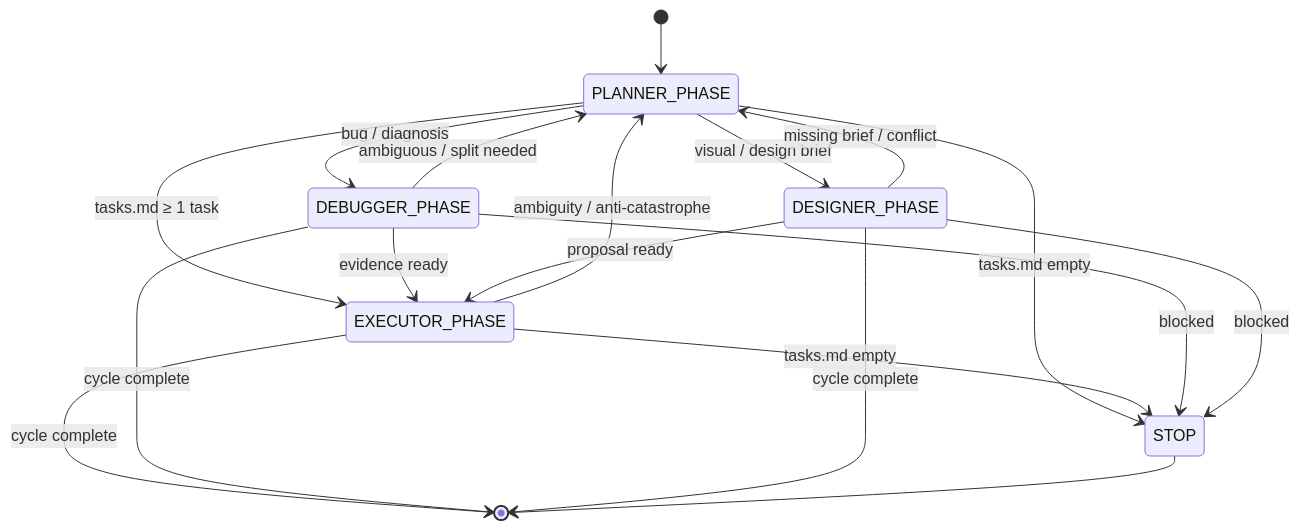
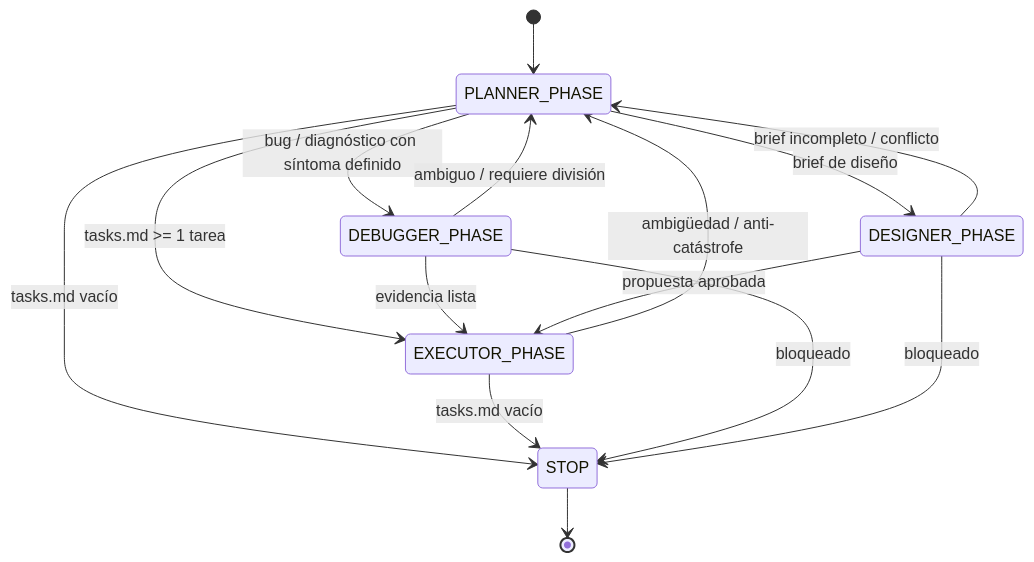
One commit to Andres34r7y4/themis changed the diagram in docs/ARCHITECTURE.md. Above: the diagram before and after it, drawn with Mermaid. The commit also changed other lines of this file and 34 other files, not shown here.

````diff
--- a/docs/ARCHITECTURE.md
+++ b/docs/ARCHITECTURE.md
@@ -10,25 +20,22 @@
 ```mermaid
 stateDiagram-v2
     [*] --> PLANNER_PHASE
-    
-    PLANNER_PHASE --> EXECUTOR_PHASE : tasks.md ≥ 1 task
-    PLANNER_PHASE --> STOP : tasks.md empty
-    
-    EXECUTOR_PHASE --> PLANNER_PHASE : ambiguity / anti-catastrophe
-    EXECUTOR_PHASE --> STOP : tasks.md empty
-    
-    PLANNER_PHASE --> DEBUGGER_PHASE : bug / diagnosis
-    DEBUGGER_PHASE --> EXECUTOR_PHASE : evidence ready
-    DEBUGGER_PHASE --> PLANNER_PHASE : ambiguous / split needed
-    DEBUGGER_PHASE --> STOP : blocked
-    
-    PLANNER_PHASE --> DESIGNER_PHASE : visual / design brief
-    DESIGNER_PHASE --> EXECUTOR_PHASE : proposal ready
-    DESIGNER_PHASE --> PLANNER_PHASE : missing brief / conflict
-    DESIGNER_PHASE --> STOP : blocked
-    
-    EXECUTOR_PHASE --> [*] : cycle complete
-    DEBUGGER_PHASE --> [*] : cycle complete
-    DESIGNER_PHASE --> [*] : cycle complete
+
+    PLANNER_PHASE --> EXECUTOR_PHASE : tasks.md >= 1 tarea
+    PLANNER_PHASE --> DEBUGGER_PHASE : bug / diagnóstico con síntoma definido
+    PLANNER_PHASE --> DESIGNER_PHASE : brief de diseño
+    PLANNER_PHASE --> STOP : tasks.md vacío
+
+    EXECUTOR_PHASE --> PLANNER_PHASE : ambigüedad / anti-catástrofe
+    EXECUTOR_PHASE --> STOP : tasks.md vacío
+
+    DEBUGGER_PHASE --> EXECUTOR_PHASE : evidencia lista
+    DEBUGGER_PHASE --> PLANNER_PHASE : ambiguo / requiere división
+    DEBUGGER_PHASE --> STOP : bloqueado
+
+    DESIGNER_PHASE --> EXECUTOR_PHASE : propuesta aprobada
+    DESIGNER_PHASE --> PLANNER_PHASE : brief incompleto / conflicto
+    DESIGNER_PHASE --> STOP : bloqueado
+
     STOP --> [*]
 ```
````
